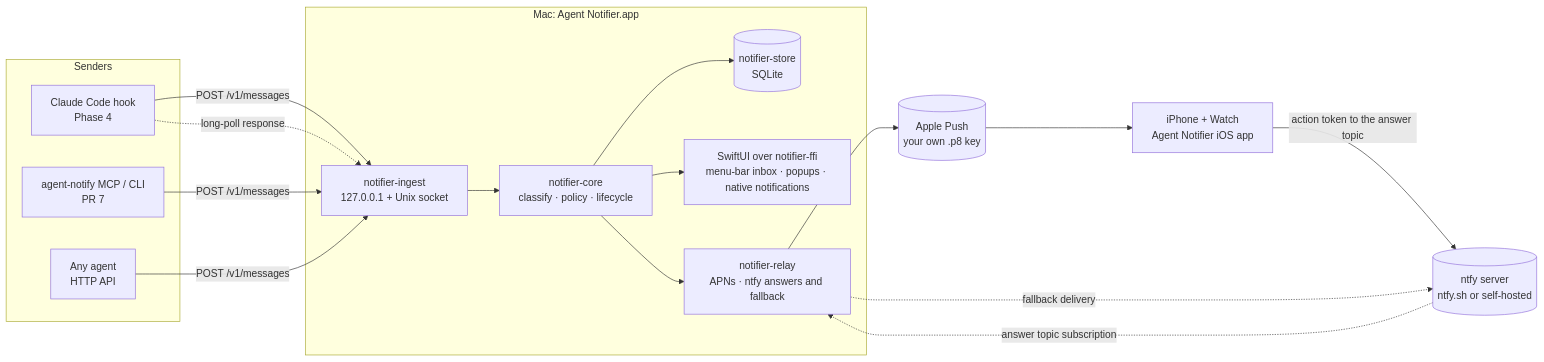
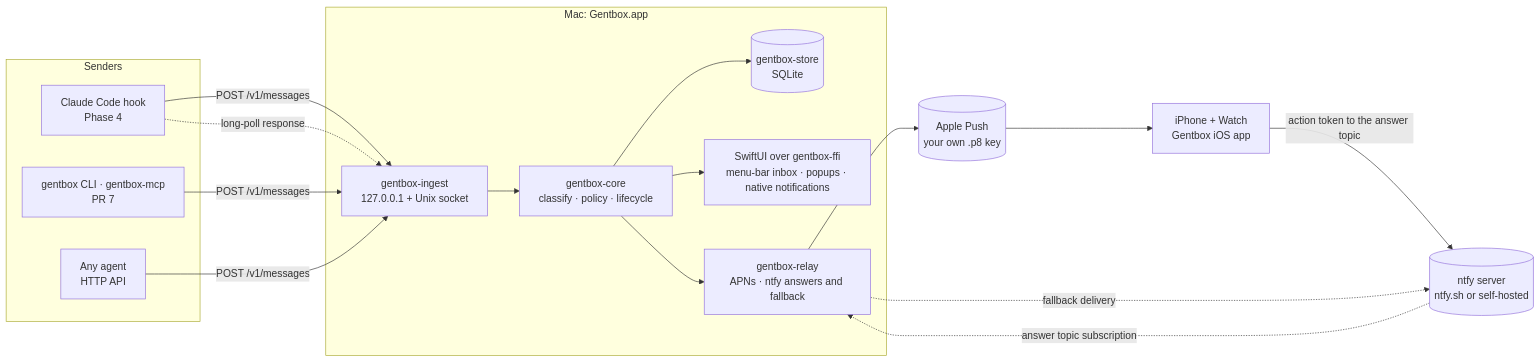
One commit to Eiluviann/gentbox changed the first of 3 diagrams in docs/architecture.md. Above: the diagram before and after it, drawn with Mermaid. The commit also changed other lines of this file and 21 other files, not shown here.

````diff
--- a/docs/architecture.md
+++ b/docs/architecture.md
@@ -30,27 +30,27 @@
 ```mermaid
 flowchart LR
   subgraph senders[Senders]
     hook[Claude Code hook<br/>Phase 4]
-    mcp[agent-notify MCP / CLI<br/>PR 7]
+    mcp[gentbox CLI · gentbox-mcp<br/>PR 7]
     other[Any agent<br/>HTTP API]
   end
-  subgraph mac[Mac: Agent Notifier.app]
-    ingest[notifier-ingest<br/>127.0.0.1 + Unix socket]
-    core[notifier-core<br/>classify · policy · lifecycle]
-    store[(notifier-store<br/>SQLite)]
-    relay[notifier-relay<br/>APNs · ntfy answers and fallback]
-    ui[SwiftUI over notifier-ffi<br/>menu-bar inbox · popups · native notifications]
+  subgraph mac[Mac: Gentbox.app]
+    ingest[gentbox-ingest<br/>127.0.0.1 + Unix socket]
+    core[gentbox-core<br/>classify · policy · lifecycle]
+    store[(gentbox-store<br/>SQLite)]
+    relay[gentbox-relay<br/>APNs · ntfy answers and fallback]
+    ui[SwiftUI over gentbox-ffi<br/>menu-bar inbox · popups · native notifications]
   end
   apns[(Apple Push<br/>your own .p8 key)]
   ntfy[(ntfy server<br/>ntfy.sh or self-hosted)]
-  phone[iPhone + Watch<br/>Agent Notifier iOS app]
+  phone[iPhone + Watch<br/>Gentbox iOS app]
 
   hook & mcp & other -->|POST /v1/messages| ingest
   hook -.->|long-poll response| ingest
   ingest --> core --> store
   core --> ui
   core --> relay --> apns --> phone
   relay -.->|fallback delivery| ntfy
   phone -->|action token to the answer topic| ntfy
   ntfy -.->|answer topic subscription| relay
 ```
````
